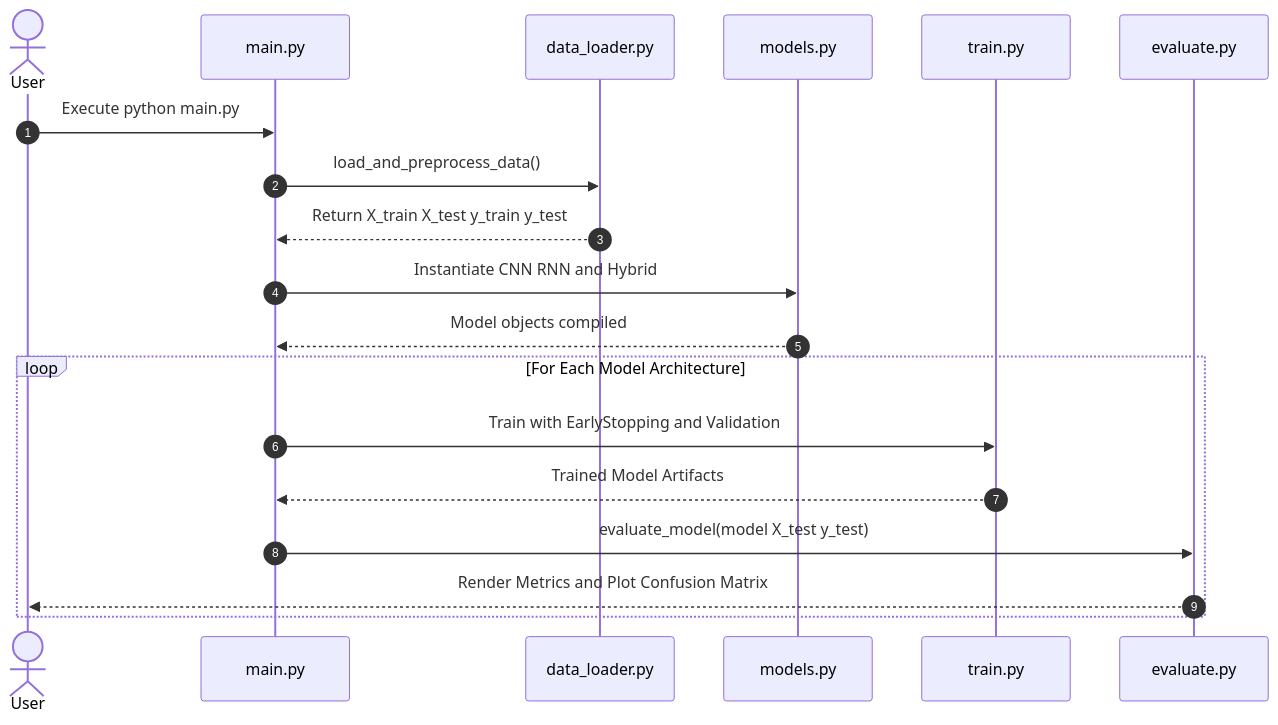
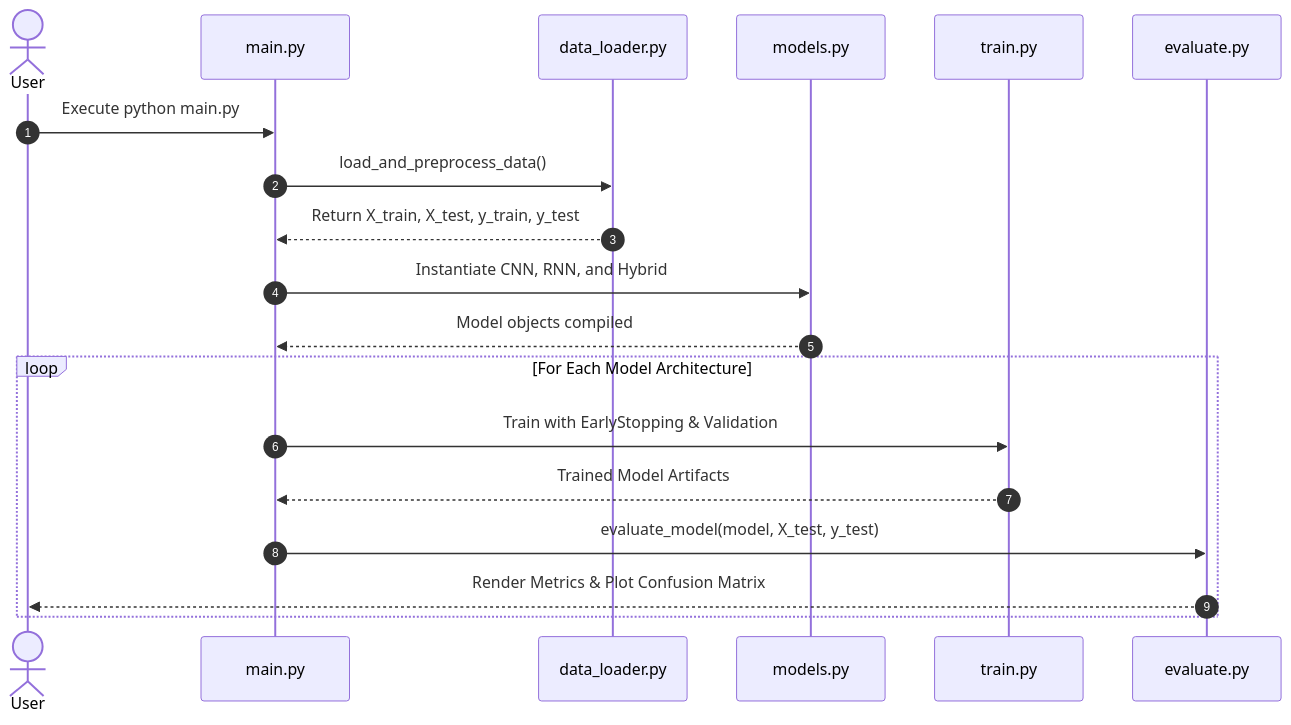
The second of 2 diagrams in README.md (Arboreal-cohn3569/deep-flow-ids), drawn with Mermaid before and after one commit. The commit also changed other lines of this file, not shown here.

````diff
--- a/README.md
+++ b/README.md
@@ -74,22 +75,22 @@
 ```mermaid
 sequenceDiagram
     autonumber
     actor User
     participant CLI as main.py
     participant Loader as data_loader.py
     participant Models as models.py
     participant Engine as train.py
     participant Eval as evaluate.py
 
     User->>CLI: Execute python main.py
     CLI->>Loader: load_and_preprocess_data()
-    Loader-->>CLI: Return X_train X_test y_train y_test
-    CLI->>Models: Instantiate CNN RNN and Hybrid
+    Loader-->>CLI: Return X_train, X_test, y_train, y_test
+    CLI->>Models: Instantiate CNN, RNN, and Hybrid
     Models-->>CLI: Model objects compiled
     loop For Each Model Architecture
-        CLI->>Engine: Train with EarlyStopping and Validation
+        CLI->>Engine: Train with EarlyStopping & Validation
         Engine-->>CLI: Trained Model Artifacts
-        CLI->>Eval: evaluate_model(model X_test y_test)
-        Eval-->>User: Render Metrics and Plot Confusion Matrix
+        CLI->>Eval: evaluate_model(model, X_test, y_test)
+        Eval-->>User: Render Metrics & Plot Confusion Matrix
     end
 ```
````
